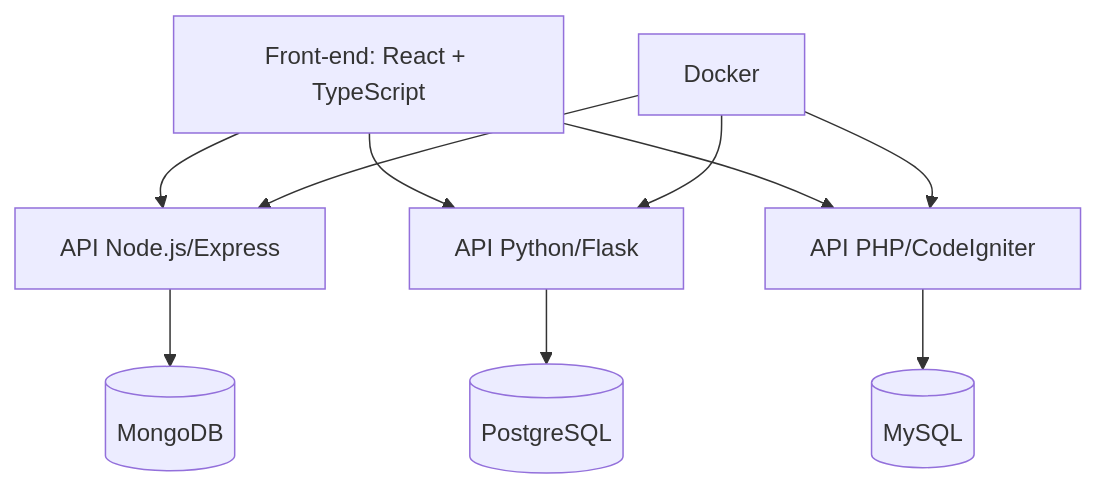
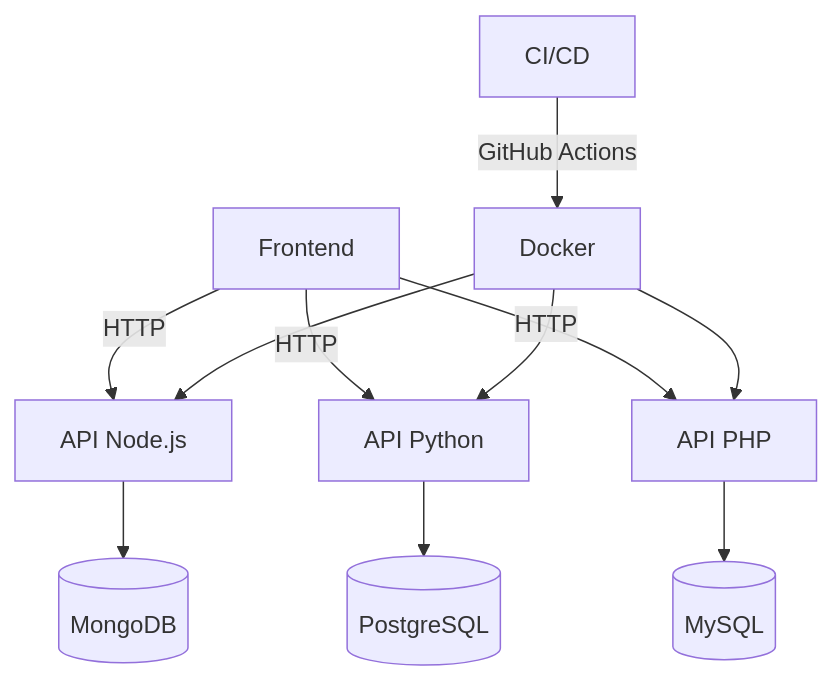
Before and after one commit to rodrigorugal/TaskFlow: the diagram in project.md, drawn with Mermaid. The commit also changed other lines of this file and 7 other files, not shown here.

````diff
--- a/project.md
+++ b/project.md
@@ -23,10 +23,11 @@
 ```mermaid
 graph TD
-    A[Front-end: React + TypeScript] --> B[API Node.js/Express]
-    A --> C[API Python/Flask]
-    A --> D[API PHP/CodeIgniter]
+    A[Frontend] -->|HTTP| B[API Node.js]
+    A -->|HTTP| C[API Python]
+    A -->|HTTP| D[API PHP]
     B --> E[(MongoDB)]
     C --> F[(PostgreSQL)]
     D --> G[(MySQL)]
     H[Docker] --> B & C & D
+    I[CI/CD] -->|GitHub Actions| H
 ```
````
